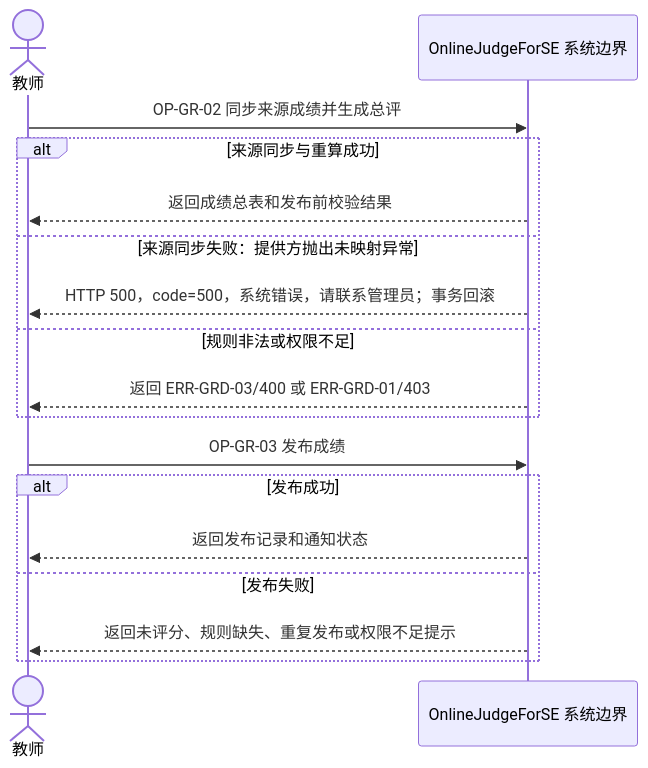
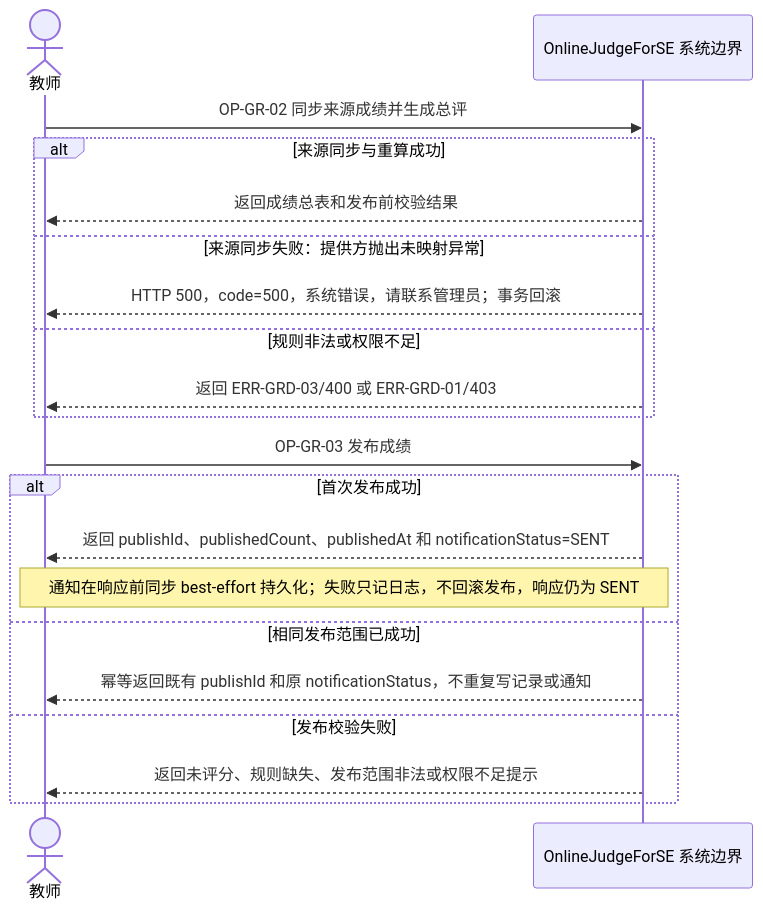
Before and after one commit to Cr4zyorange/OnlineJudge: the diagram in docs/diagrams/srs/fig_4_15_grade_flow_ssd.mmd, drawn with Mermaid. The commit also changed 10 other files, not shown here.

```diff
--- a/docs/diagrams/srs/fig_4_15_grade_flow_ssd.mmd
+++ b/docs/diagrams/srs/fig_4_15_grade_flow_ssd.mmd
@@ -1,17 +1,20 @@
 sequenceDiagram
   actor Teacher as 教师
   participant System as OnlineJudgeForSE 系统边界
   Teacher->>System: OP-GR-02 同步来源成绩并生成总评
   alt 来源同步与重算成功
     System-->>Teacher: 返回成绩总表和发布前校验结果
   else 来源同步失败：提供方抛出未映射异常
     System-->>Teacher: HTTP 500，code=500，系统错误，请联系管理员；事务回滚
   else 规则非法或权限不足
     System-->>Teacher: 返回 ERR-GRD-03/400 或 ERR-GRD-01/403
   end
   Teacher->>System: OP-GR-03 发布成绩
-  alt 发布成功
-    System-->>Teacher: 返回发布记录和通知状态
-  else 发布失败
-    System-->>Teacher: 返回未评分、规则缺失、重复发布或权限不足提示
+  alt 首次发布成功
+    System-->>Teacher: 返回 publishId、publishedCount、publishedAt 和 notificationStatus=SENT
+    Note over Teacher,System: 通知在响应前同步 best-effort 持久化；失败只记日志，不回滚发布，响应仍为 SENT
+  else 相同发布范围已成功
+    System-->>Teacher: 幂等返回既有 publishId 和原 notificationStatus，不重复写记录或通知
+  else 发布校验失败
+    System-->>Teacher: 返回未评分、规则缺失、发布范围非法或权限不足提示
   end
```
